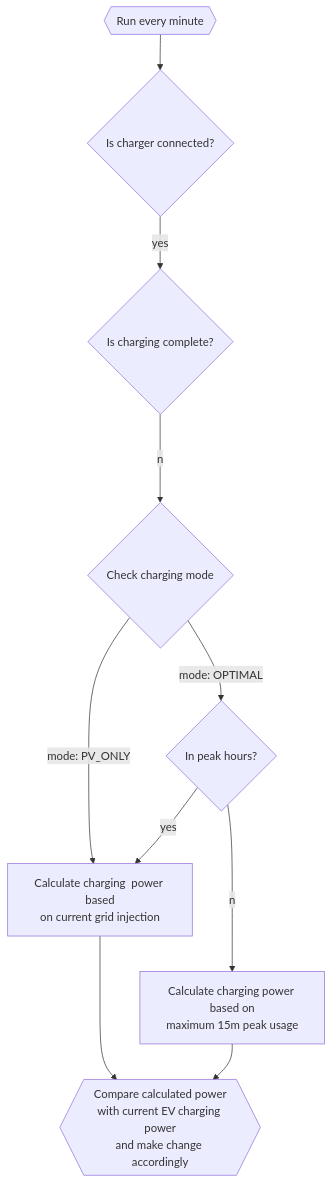
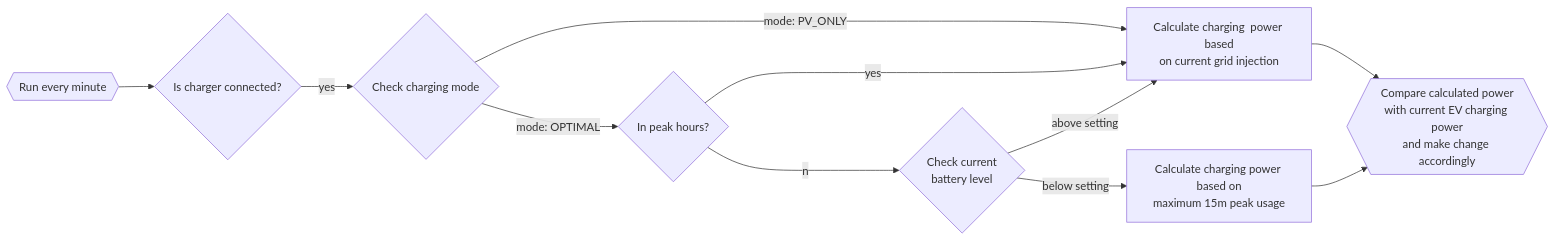
Before and after one commit to erwin1/homecontrol: the first of 2 diagrams in README.md, drawn with Mermaid. The commit also changed other lines of this file and 4 other files, not shown here.

````diff
--- a/README.md
+++ b/README.md
@@ -10,12 +10,13 @@
 ```mermaid
-flowchart TD
+flowchart LR
 start{{Run every minute}} --> checkconnected{Is charger connected?}
-checkconnected --yes--> checkcomplete{Is charging complete?}
-checkcomplete --no--> calcpower{Check charging mode}
+checkconnected --yes--> calcpower{Check charging mode}
 peakhours --yes--> usepv[Calculate charging  power based<br>on current grid injection]
+checklevel --above setting--> usepv
 calcpower --mode: PV_ONLY--> usepv
 calcpower --mode: OPTIMAL--> peakhours{In peak hours?}
-peakhours --no--> useopt[Calculate charging power based on<br>maximum 15m peak usage]
+peakhours --no--> checklevel{Check current<br>battery level}
+checklevel --below setting--> useopt[Calculate charging power based on<br>maximum 15m peak usage]
 usepv --> charge{{Compare calculated power<br>with current EV charging power<br>and make change accordingly}}
 useopt --> charge
 ```
````
